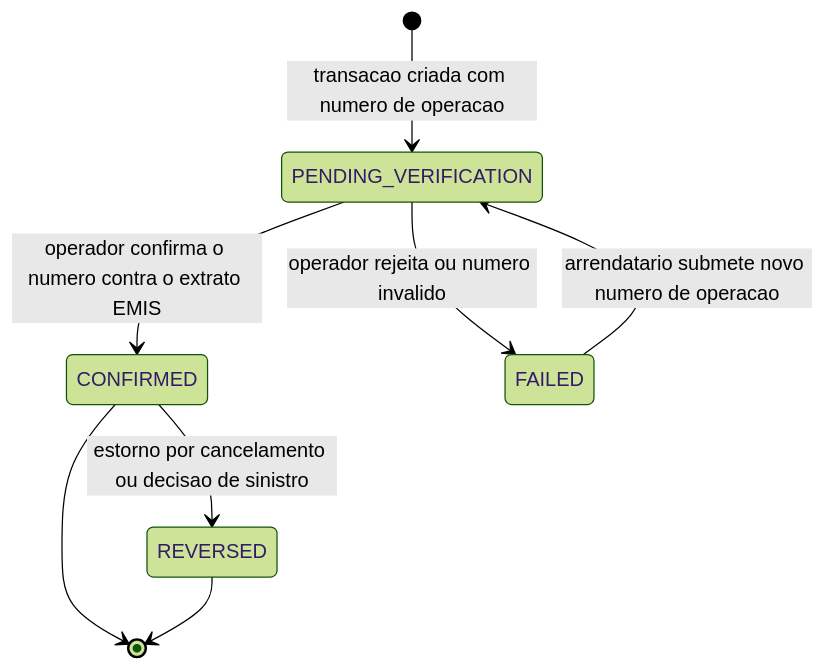
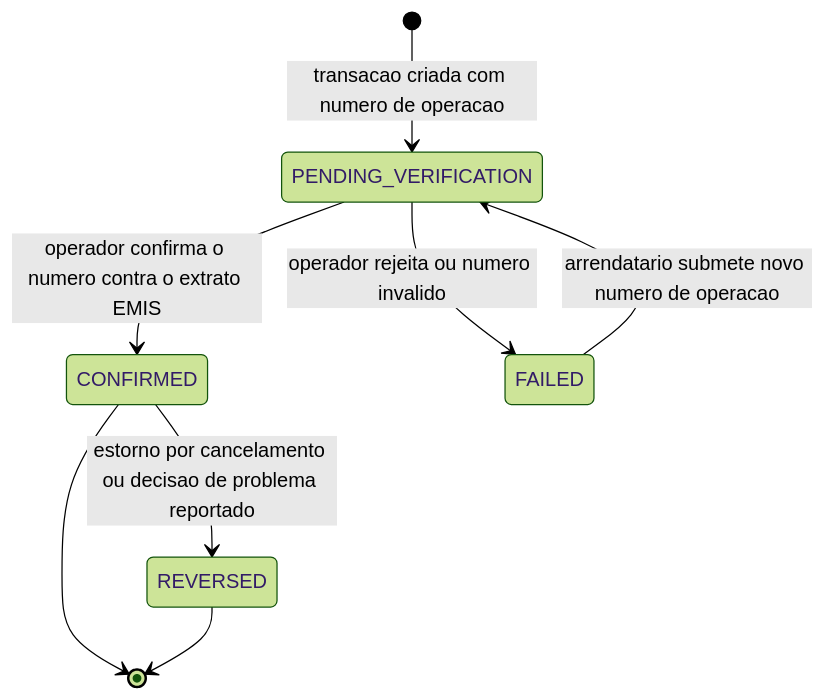
Diagram 11 of 15 in docs/APP_FLOWCHART.md (parcidio/Kubiko), drawn with Mermaid (forest theme) before and after one commit. The commit also changed other lines of this file and 10 other files, not shown here.

````diff
--- a/docs/APP_FLOWCHART.md
+++ b/docs/APP_FLOWCHART.md
@@ -152,10 +234,10 @@
 ```mermaid
 stateDiagram-v2
     [*] --> PENDING_VERIFICATION: transacao criada com numero de operacao
     PENDING_VERIFICATION --> CONFIRMED: operador confirma o numero contra o extrato EMIS
     PENDING_VERIFICATION --> FAILED: operador rejeita ou numero invalido
     FAILED --> PENDING_VERIFICATION: arrendatario submete novo numero de operacao
-    CONFIRMED --> REVERSED: estorno por cancelamento ou decisao de sinistro
+    CONFIRMED --> REVERSED: estorno por cancelamento ou decisao de problema reportado
     CONFIRMED --> [*]
     REVERSED --> [*]
 ```
````
